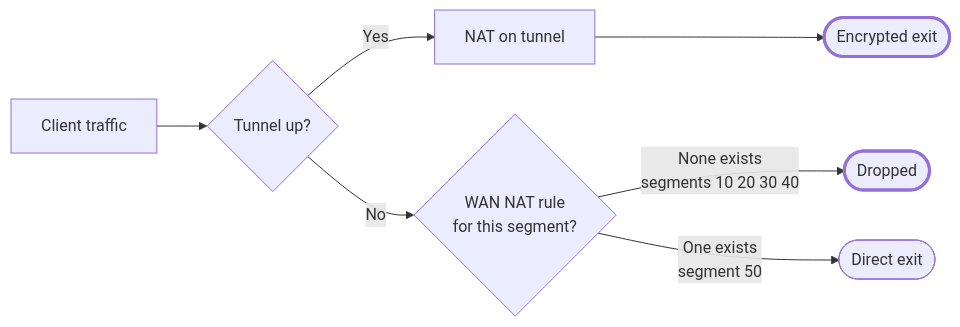
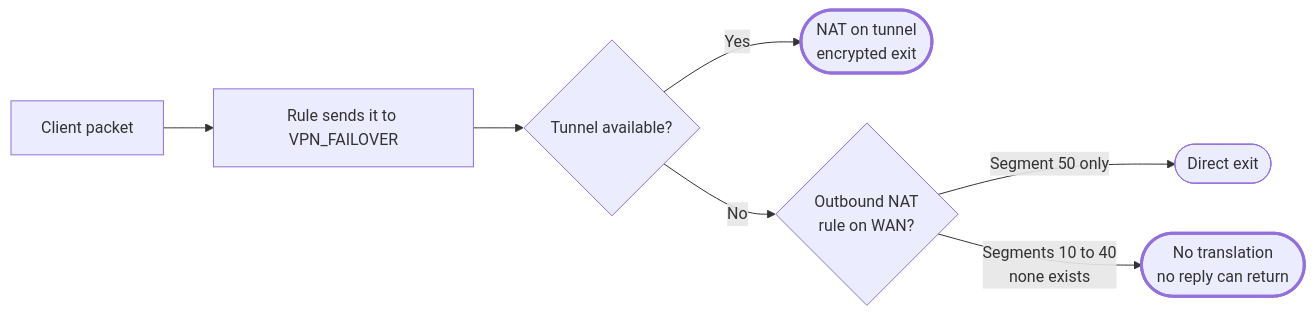
One commit to Aj-Networks/Homelab_Router-on-a-Stick changed the diagram in README.md. Above: the diagram before and after it, drawn with Mermaid. The commit also changed other lines of this file and 2 other files, not shown here.

Commit message:
fix: state kill switch outcome precisely across egress docs

````diff
--- a/README.md
+++ b/README.md
@@ -104,12 +104,12 @@
 ```mermaid
 flowchart LR
-    A[Client traffic] --> B{Tunnel up?}
-    B -->|Yes| C[NAT on tunnel]
-    C --> D([Encrypted exit])
-    B -->|No| E{WAN NAT rule<br/>for this segment?}
-    E -->|None exists<br/>segments 10 20 30 40| F([Dropped])
-    E -->|One exists<br/>segment 50| G([Direct exit])
+    A[Client packet] --> B[Rule sends it to VPN_FAILOVER]
+    B --> C{Tunnel available?}
+    C -->|Yes| D([NAT on tunnel<br/>encrypted exit])
+    C -->|No| E{Outbound NAT<br/>rule on WAN?}
+    E -->|Segment 50 only| F([Direct exit])
+    E -->|Segments 10 to 40<br/>none exists| G([No translation<br/>no reply can return])
 
     style D stroke-width:3px
-    style F stroke-width:3px
+    style G stroke-width:3px
 ```
````
